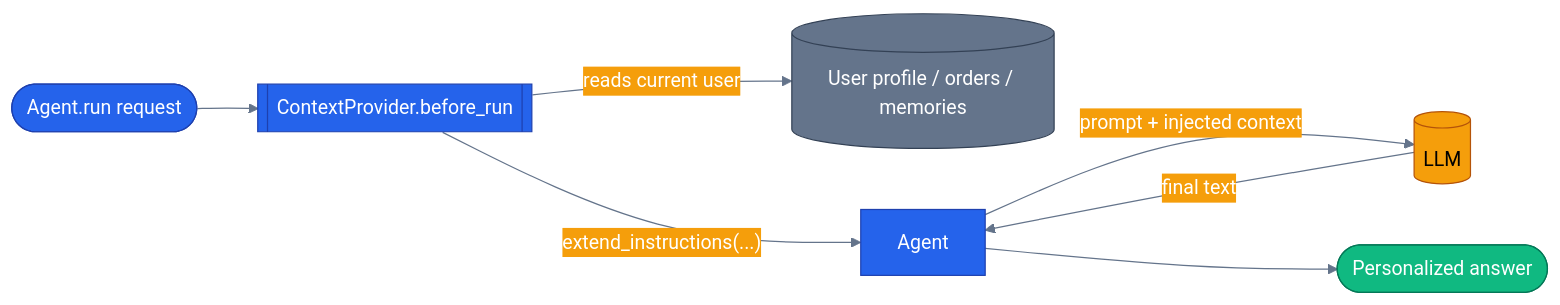
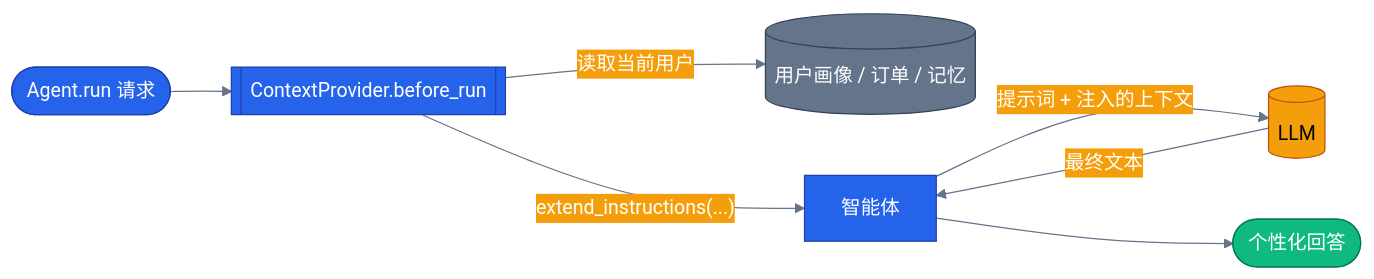
Before and after one commit to s1encisi/reliable-commerce-agents: the diagram in tutorials/05-context-providers/README.md, drawn with Mermaid. The commit also changed other lines of this file and 1033 other files, not shown here.

````diff
--- a/tutorials/05-context-providers/README.md
+++ b/tutorials/05-context-providers/README.md
@@ -22,31 +24,31 @@
 ```mermaid
 %%{init: {'theme':'base', 'themeVariables': {
   'primaryColor': '#2563eb','primaryTextColor': '#ffffff','primaryBorderColor': '#1e40af',
   'lineColor': '#64748b','secondaryColor': '#f59e0b','tertiaryColor': '#10b981',
   'background': 'transparent'}}}%%
 flowchart LR
   classDef core     fill:#2563eb,stroke:#1e40af,color:#ffffff
   classDef external fill:#f59e0b,stroke:#b45309,color:#000000
   classDef infra    fill:#64748b,stroke:#334155,color:#ffffff
   classDef success  fill:#10b981,stroke:#047857,color:#ffffff
 
-  request([Agent.run request])
+  request([Agent.run 请求])
   provider[[ContextProvider.before_run]]
-  db[(User profile / orders / memories)]
-  agent[Agent]
+  db[(用户画像 / 订单 / 记忆)]
+  agent[智能体]
   llm[(LLM)]
-  answer([Personalized answer])
+  answer([个性化回答])
 
   request --> provider
-  provider -- "reads current user" --> db
+  provider -- "读取当前用户" --> db
   provider -- "extend_instructions(...)" --> agent
-  agent -- "prompt + injected context" --> llm
-  llm -- "final text" --> agent
+  agent -- "提示词 + 注入的上下文" --> llm
+  llm -- "最终文本" --> agent
   agent --> answer
 
   class provider core
   class db infra
   class agent core
   class llm external
   class answer success
 ```
````
